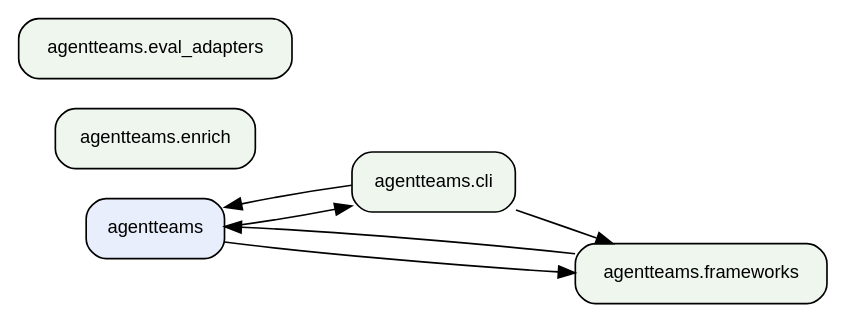
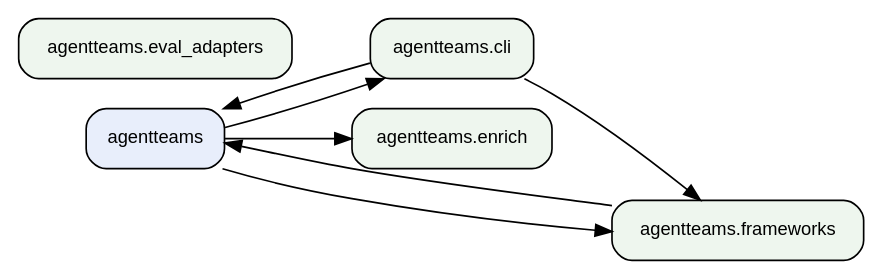
The second of 2 diagrams in references/architecture-graph.md (jlcatonjr/agentteams), drawn with Graphviz before and after one commit. The commit also changed other lines of this file and 4 other files, not shown here.

First line of the commit message:
fix(architecture,git-hooks): correctness + robustness fixes from adversarial review

````diff
--- a/references/architecture-graph.md
+++ b/references/architecture-graph.md
@@ -153,17 +158,18 @@
 ```dot
 digraph "agentteams architecture" {
     rankdir=LR;
     node [fontname="Helvetica", fontsize=11, shape=box, style="rounded,filled", fillcolor="#eef6ee"];
     edge [fontsize=9];
     "agentteams" [fillcolor="#e8eefb"];
     "agentteams.cli" [fillcolor="#eef6ee"];
     "agentteams.enrich" [fillcolor="#eef6ee"];
     "agentteams.eval_adapters" [fillcolor="#eef6ee"];
     "agentteams.frameworks" [fillcolor="#eef6ee"];
     "agentteams" -> "agentteams.cli";
+    "agentteams" -> "agentteams.enrich";
     "agentteams" -> "agentteams.frameworks";
     "agentteams.cli" -> "agentteams";
     "agentteams.cli" -> "agentteams.frameworks";
     "agentteams.frameworks" -> "agentteams";
 }
 ```
````
